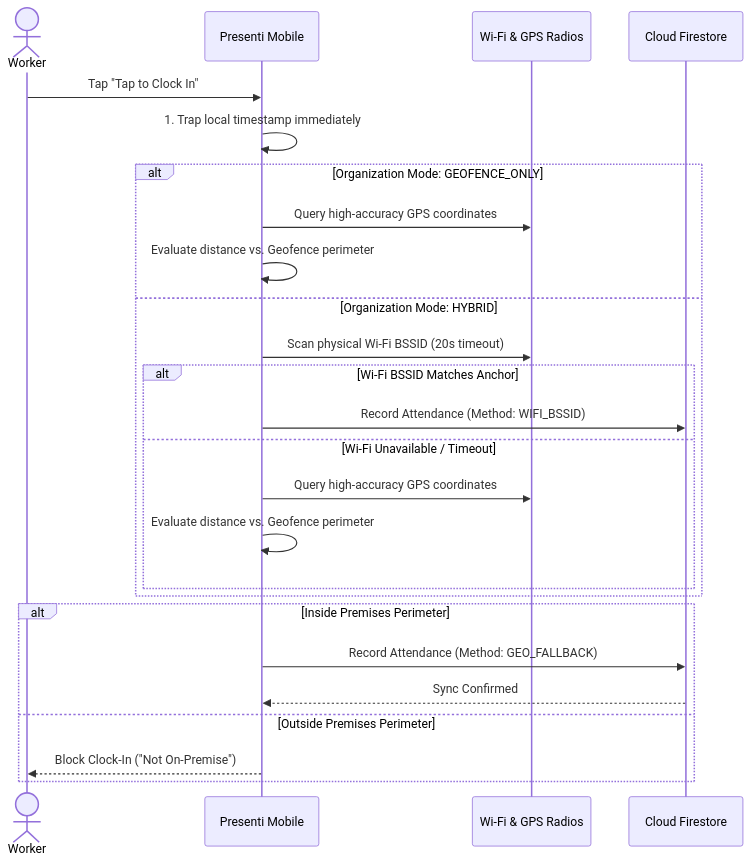
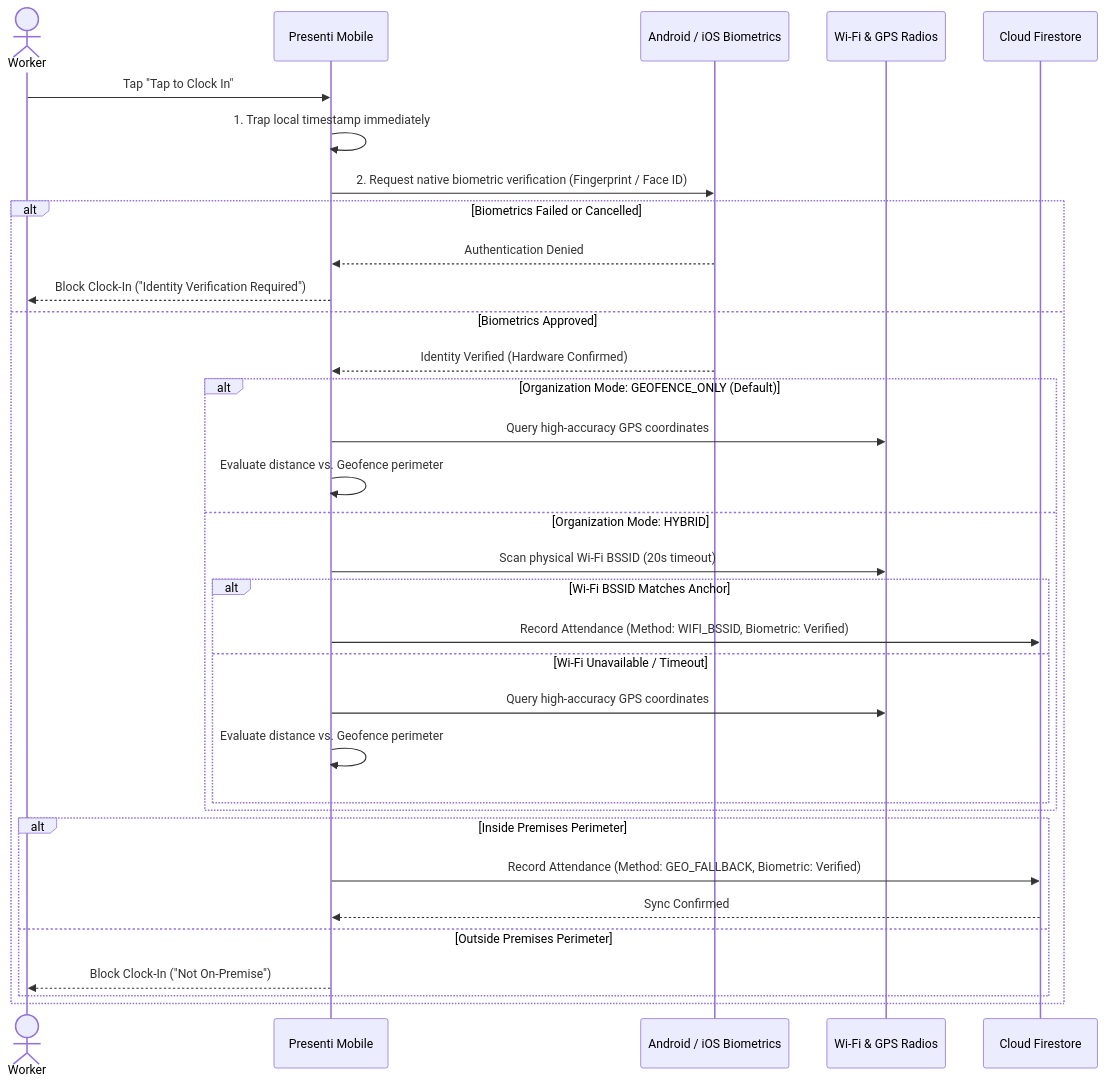
Before and after one commit to kachiDeGreat/Presenti-mobile: the diagram in README.md, drawn with Mermaid. The commit also changed other lines of this file, not shown here.

Commit message:
docs: update README with mandatory biometrics, geofence default mode, and EAS dev/preview workflows

````diff
--- a/README.md
+++ b/README.md
@@ -52,28 +58,36 @@
 ```mermaid
 sequenceDiagram
     actor Worker
     participant Mobile as Presenti Mobile
+    participant NativeSec as Android / iOS Biometrics
     participant Radios as Wi-Fi & GPS Radios
     participant Cloud as Cloud Firestore
 
     Worker->>Mobile: Tap "Tap to Clock In"
     Mobile->>Mobile: 1. Trap local timestamp immediately
-    alt Organization Mode: GEOFENCE_ONLY
-        Mobile->>Radios: Query high-accuracy GPS coordinates
-        Mobile->>Mobile: Evaluate distance vs. Geofence perimeter
-    else Organization Mode: HYBRID
-        Mobile->>Radios: Scan physical Wi-Fi BSSID (20s timeout)
-        alt Wi-Fi BSSID Matches Anchor
-            Mobile->>Cloud: Record Attendance (Method: WIFI_BSSID)
-        else Wi-Fi Unavailable / Timeout
+    Mobile->>NativeSec: 2. Request native biometric verification (Fingerprint / Face ID)
+    alt Biometrics Failed or Cancelled
+        NativeSec-->>Mobile: Authentication Denied
+        Mobile-->>Worker: Block Clock-In ("Identity Verification Required")
+    else Biometrics Approved
+        NativeSec-->>Mobile: Identity Verified (Hardware Confirmed)
+        alt Organization Mode: GEOFENCE_ONLY (Default)
             Mobile->>Radios: Query high-accuracy GPS coordinates
             Mobile->>Mobile: Evaluate distance vs. Geofence perimeter
+        else Organization Mode: HYBRID
+            Mobile->>Radios: Scan physical Wi-Fi BSSID (20s timeout)
+            alt Wi-Fi BSSID Matches Anchor
+                Mobile->>Cloud: Record Attendance (Method: WIFI_BSSID, Biometric: Verified)
+            else Wi-Fi Unavailable / Timeout
+                Mobile->>Radios: Query high-accuracy GPS coordinates
+                Mobile->>Mobile: Evaluate distance vs. Geofence perimeter
+            end
+        end
+        alt Inside Premises Perimeter
+            Mobile->>Cloud: Record Attendance (Method: GEO_FALLBACK, Biometric: Verified)
+            Cloud-->>Mobile: Sync Confirmed
+        else Outside Premises Perimeter
+            Mobile-->>Worker: Block Clock-In ("Not On-Premise")
         end
     end
-    alt Inside Premises Perimeter
-        Mobile->>Cloud: Record Attendance (Method: GEO_FALLBACK)
-        Cloud-->>Mobile: Sync Confirmed
-    else Outside Premises Perimeter
-        Mobile-->>Worker: Block Clock-In ("Not On-Premise")
-    end
 ```
````
